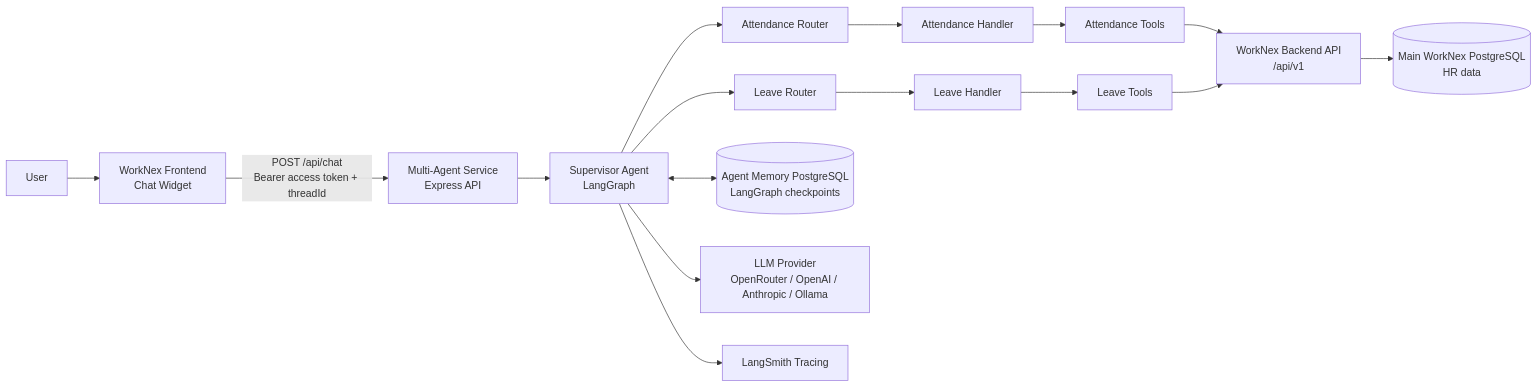
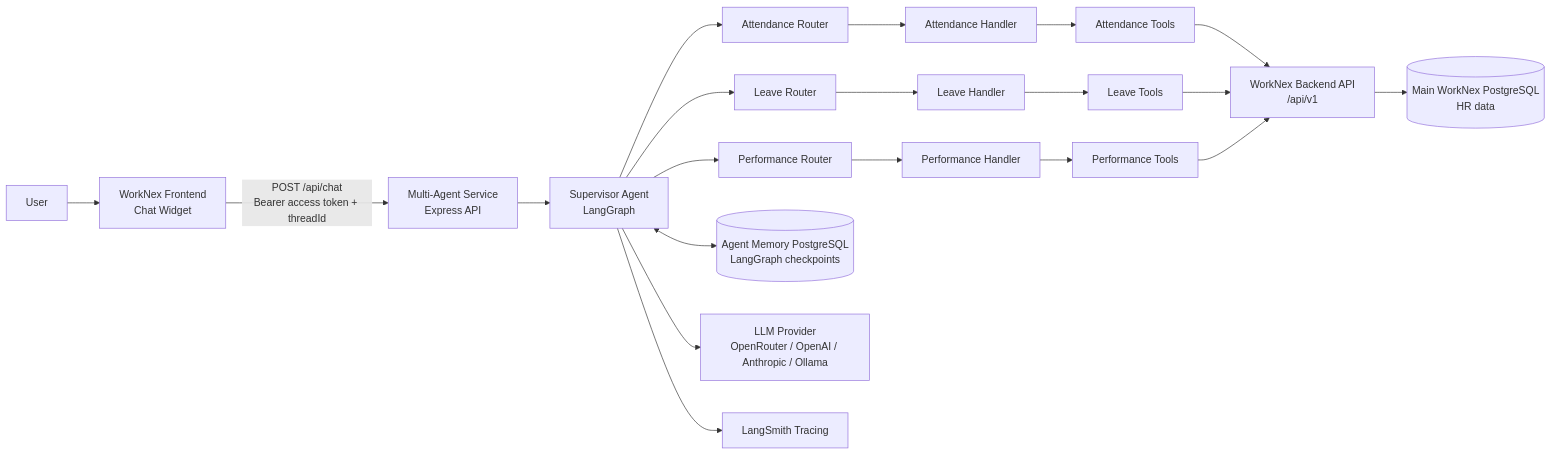
Before and after one commit to tayyabbasharat127/Work-Nex-AI: the first of 3 diagrams in multi-agent-service/README.md, drawn with Mermaid. The commit also changed other lines of this file and 8 other files, not shown here.

````diff
--- a/multi-agent-service/README.md
+++ b/multi-agent-service/README.md
@@ -21,23 +22,27 @@
 ```mermaid
 flowchart LR
   U[User] --> F[WorkNex Frontend<br/>Chat Widget]
   F -->|POST /api/chat<br/>Bearer access token + threadId| MAS[Multi-Agent Service<br/>Express API]
 
   MAS --> S[Supervisor Agent<br/>LangGraph]
   S --> AR[Attendance Router]
   S --> LR[Leave Router]
+  S --> PR[Performance Router]
 
   AR --> AH[Attendance Handler]
   LR --> LH[Leave Handler]
+  PR --> PH[Performance Handler]
 
   AH --> AT[Attendance Tools]
   LH --> LT[Leave Tools]
+  PH --> PT[Performance Tools]
 
   AT --> B[WorkNex Backend API<br/>/api/v1]
   LT --> B
+  PT --> B
 
   B --> DB[(Main WorkNex PostgreSQL<br/>HR data)]
   S <--> MEM[(Agent Memory PostgreSQL<br/>LangGraph checkpoints)]
   S --> LLM[LLM Provider<br/>OpenRouter / OpenAI / Anthropic / Ollama]
   S --> LS[LangSmith Tracing]
 ```
````
